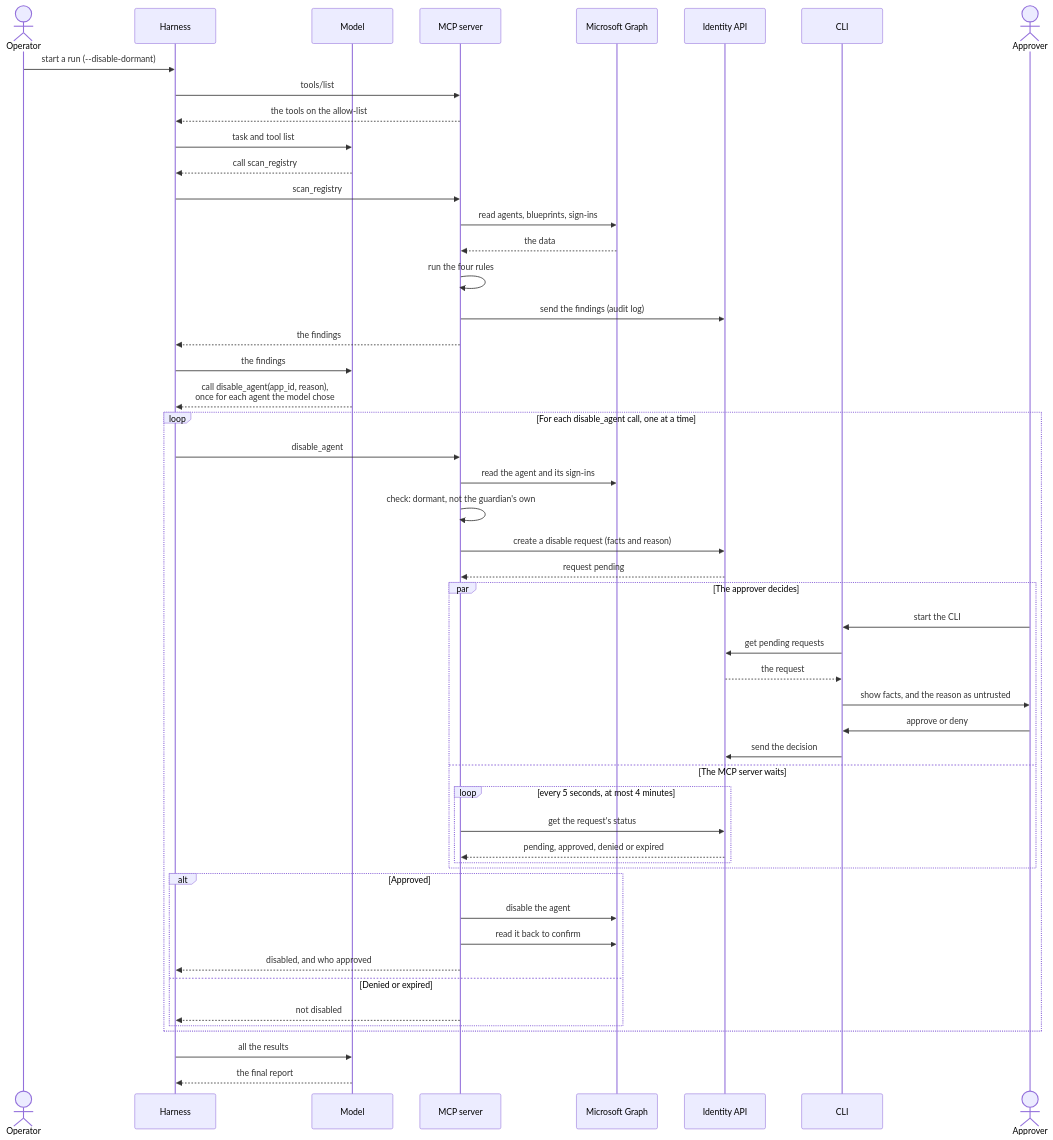
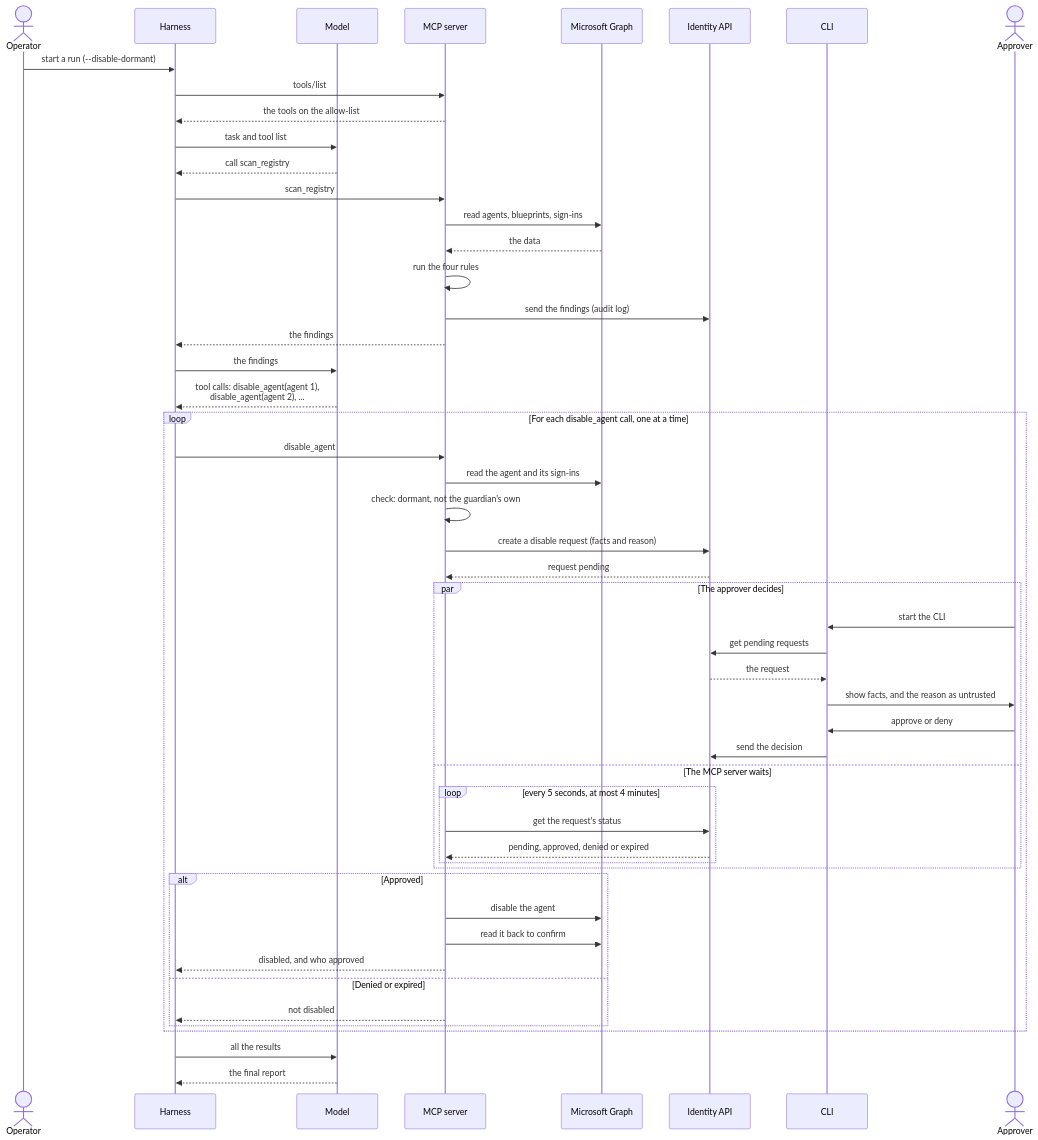
Before and after one commit to alireza-mpr/agent-steward: the fourth of 6 diagrams in docs/agent-architecture.md, drawn with Mermaid.

Commit message:
docs: main flow: show the model's answer as a list of tool calls

````diff
--- a/docs/agent-architecture.md
+++ b/docs/agent-architecture.md
@@ -437,59 +437,59 @@
 ```mermaid
 sequenceDiagram
     actor O as Operator
     participant H as Harness
     participant L as Model
     participant M as MCP server
     participant G as Microsoft Graph
     participant A as Identity API
     participant C as CLI
     actor P as Approver
 
     O->>H: start a run (--disable-dormant)
     H->>M: tools/list
     M-->>H: the tools on the allow-list
     H->>L: task and tool list
     L-->>H: call scan_registry
     H->>M: scan_registry
     M->>G: read agents, blueprints, sign-ins
     G-->>M: the data
     M->>M: run the four rules
     M->>A: send the findings (audit log)
     M-->>H: the findings
     H->>L: the findings
 
-    L-->>H: call disable_agent(app_id, reason),<br/>once for each agent the model chose
+    L-->>H: tool calls: disable_agent(agent 1),<br/>disable_agent(agent 2), ...
 
     loop For each disable_agent call, one at a time
         H->>M: disable_agent
         M->>G: read the agent and its sign-ins
         M->>M: check: dormant, not the guardian's own
         M->>A: create a disable request (facts and reason)
         A-->>M: request pending
 
         par The approver decides
             P->>C: start the CLI
             C->>A: get pending requests
             A-->>C: the request
             C->>P: show facts, and the reason as untrusted
             P->>C: approve or deny
             C->>A: send the decision
         and The MCP server waits
             loop every 5 seconds, at most 4 minutes
                 M->>A: get the request's status
                 A-->>M: pending, approved, denied or expired
             end
         end
 
         alt Approved
             M->>G: disable the agent
             M->>G: read it back to confirm
             M-->>H: disabled, and who approved
         else Denied or expired
             M-->>H: not disabled
         end
     end
 
     H->>L: all the results
     L-->>H: the final report
 ```
````
